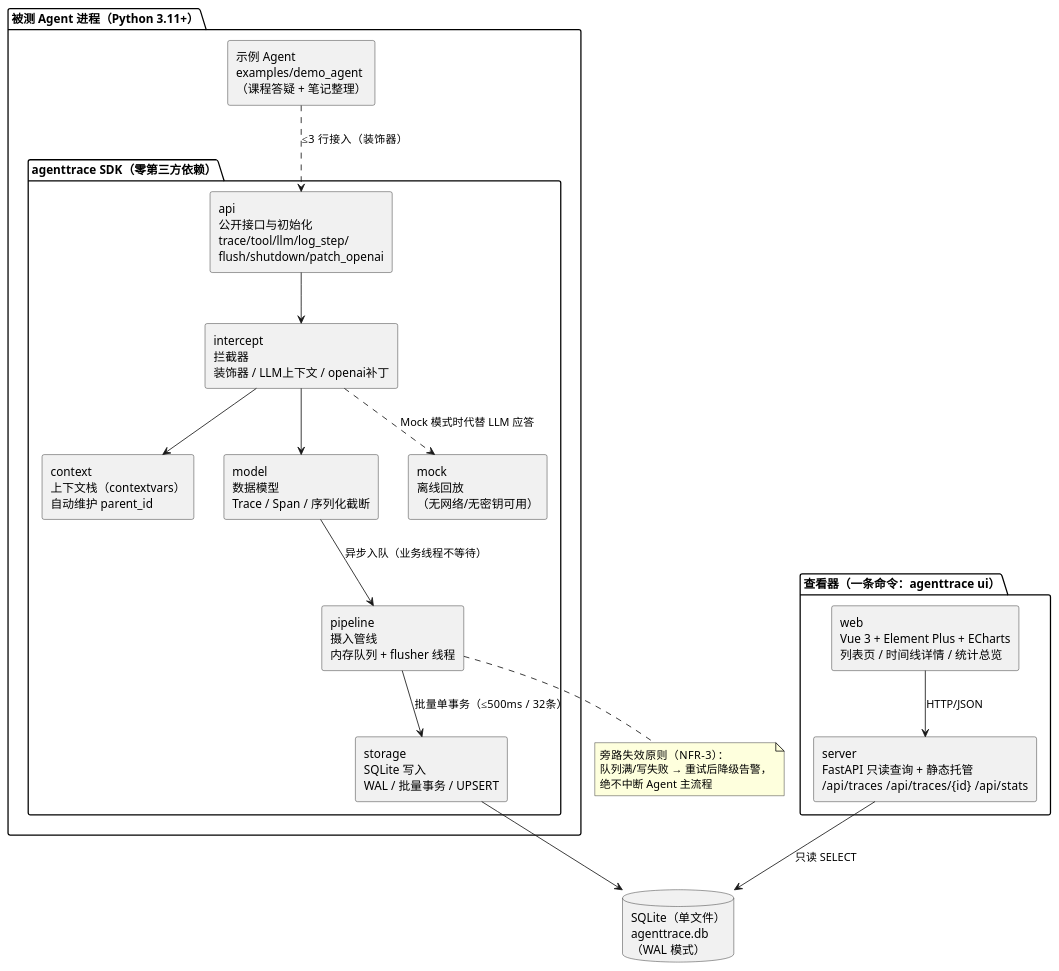
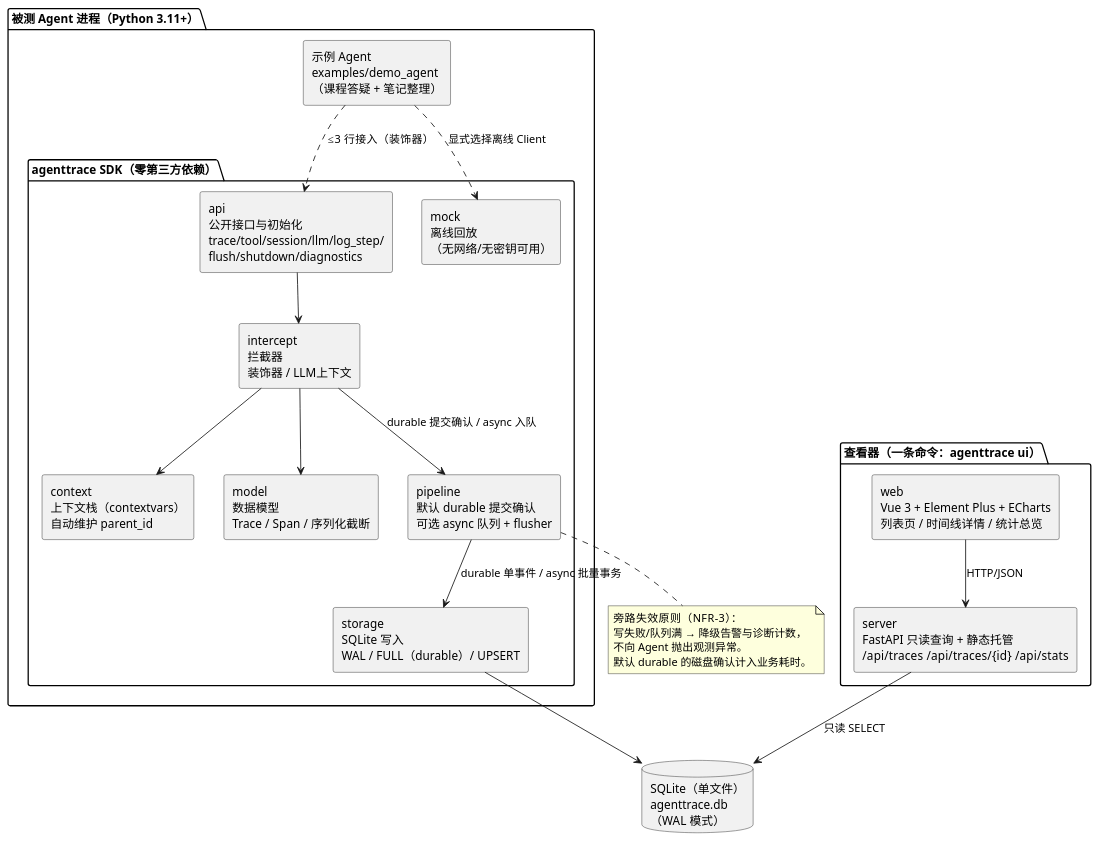
Before and after one commit to ch6639/agenttrace: the diagram in models/component-architecture.puml, drawn with PlantUML. The commit also changed 74 other files, not shown here.

```diff
--- a/models/component-architecture.puml
+++ b/models/component-architecture.puml
@@ -1,42 +1,43 @@
 @startuml 组件图
 ' M1 定稿（2026-09-17）：总体架构，依据 AT-DES-001 第 2 章
 
 skinparam componentStyle rectangle
 
 package "被测 Agent 进程（Python 3.11+）" {
   [示例 Agent\nexamples/demo_agent\n（课程答疑 + 笔记整理）] as Agent
 
   package "agenttrace SDK（零第三方依赖）" {
-    [api\n公开接口与初始化\ntrace/tool/llm/log_step/\nflush/shutdown/patch_openai] as API
-    [intercept\n拦截器\n装饰器 / LLM上下文 / openai补丁] as Intercept
+    [api\n公开接口与初始化\ntrace/tool/session/llm/log_step/\nflush/shutdown/diagnostics] as API
+    [intercept\n拦截器\n装饰器 / LLM上下文] as Intercept
     [context\n上下文栈（contextvars）\n自动维护 parent_id] as Context
     [model\n数据模型\nTrace / Span / 序列化截断] as Model
-    [pipeline\n摄入管线\n内存队列 + flusher 线程] as Pipeline
-    [storage\nSQLite 写入\nWAL / 批量事务 / UPSERT] as Storage
+    [pipeline\n默认 durable 提交确认\n可选 async 队列 + flusher] as Pipeline
+    [storage\nSQLite 写入\nWAL / FULL（durable）/ UPSERT] as Storage
     [mock\n离线回放\n（无网络/无密钥可用）] as Mock
   }
 }
 
 database "SQLite（单文件）\nagenttrace.db\n（WAL 模式）" as DB
 
 package "查看器（一条命令：agenttrace ui）" {
   [server\nFastAPI 只读查询 + 静态托管\n/api/traces  /api/traces/{id}  /api/stats] as Server
   [web\nVue 3 + Element Plus + ECharts\n列表页 / 时间线详情 / 统计总览] as Web
 }
 
 Agent ..> API : ≤3 行接入（装饰器）
 API --> Intercept
 Intercept --> Context
 Intercept --> Model
-Intercept ..> Mock : Mock 模式时代替 LLM 应答
-Model --> Pipeline : 异步入队（业务线程不等待）
-Pipeline --> Storage : 批量单事务（≤500ms / 32条）
+Agent ..> Mock : 显式选择离线 Client
+Intercept --> Pipeline : durable 提交确认 / async 入队
+Pipeline --> Storage : durable 单事件 / async 批量事务
 Storage --> DB
 Server --> DB : 只读 SELECT
 Web --> Server : HTTP/JSON
 note bottom of Pipeline
   旁路失效原则（NFR-3）：
-  队列满/写失败 → 重试后降级告警，
-  绝不中断 Agent 主流程
+  写失败/队列满 → 降级告警与诊断计数，
+  不向 Agent 抛出观测异常。
+  默认 durable 的磁盘确认计入业务耗时。
 end note
 @enduml
```
